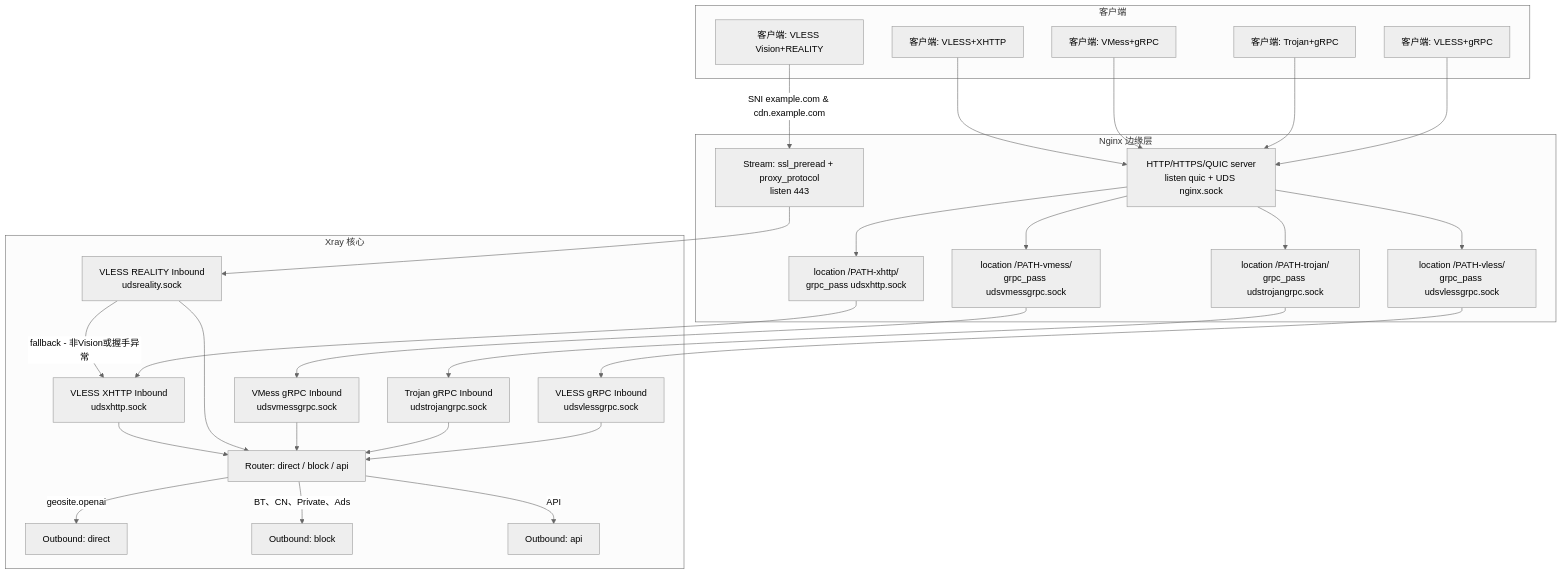
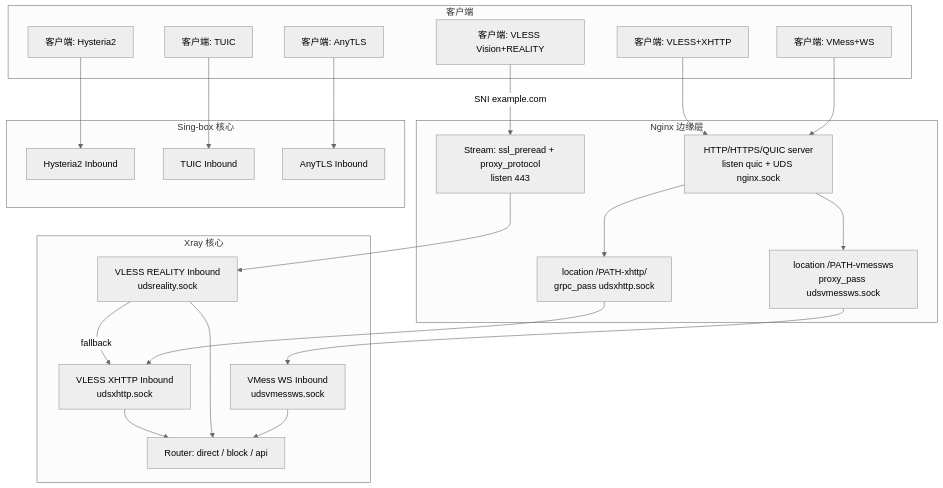
Before and after one commit to currycan/key: the diagram in docker/sb-xray/workflow.md, drawn with Mermaid (neutral theme). The commit also changed other lines of this file and 2 other files, not shown here.

````diff
--- a/docker/sb-xray/workflow.md
+++ b/docker/sb-xray/workflow.md
@@ -124,48 +85,44 @@
 ```mermaid
 flowchart TD
     subgraph ClientSide[客户端]
         C1[客户端: VLESS Vision+REALITY]
         C2[客户端: VLESS+XHTTP]
-        C3[客户端: VMess+gRPC]
-        C4[客户端: Trojan+gRPC]
-        C5[客户端: VLESS+gRPC]
+        C3[客户端: VMess+WS]
+        C4[客户端: Hysteria2]
+        C5[客户端: TUIC]
+        C6[客户端: AnyTLS]
     end
 
     subgraph Edge[Nginx 边缘层]
         E1[Stream: ssl_preread + proxy_protocol<br/>listen 443]
         E2[HTTP/HTTPS/QUIC server<br/>listen quic + UDS nginx.sock]
         E3[location /PATH-xhttp/<br/>grpc_pass udsxhttp.sock]
-        E4[location /PATH-vmess/<br/>grpc_pass udsvmessgrpc.sock]
-        E5[location /PATH-trojan/<br/>grpc_pass udstrojangrpc.sock]
-        E6[location /PATH-vless/<br/>grpc_pass udsvlessgrpc.sock]
+        E4[location /PATH-vmessws<br/>proxy_pass udsvmessws.sock]
     end
 
     subgraph XrayCore[Xray 核心]
         XR1[VLESS REALITY Inbound<br/>udsreality.sock]
         XR2[VLESS XHTTP Inbound<br/>udsxhttp.sock]
-        XR4[VMess gRPC Inbound<br/>udsvmessgrpc.sock]
-        XR5[Trojan gRPC Inbound<br/>udstrojangrpc.sock]
-        XR6[VLESS gRPC Inbound<br/>udsvlessgrpc.sock]
-        XR3[Router: direct / block / api]
-        XO1[Outbound: direct]
-        XO2[Outbound: block]
-        XO3[Outbound: api]
+        XR3[VMess WS Inbound<br/>udsvmessws.sock]
+        XR_R[Router: direct / block / api]
     end
 
-    C1 -->|SNI example.com & cdn.example.com| E1 --> XR1
-    XR1 -->|fallback - 非Vision或握手异常| XR2
+    subgraph SingBox[Sing-box 核心]
+        SB1[Hysteria2 Inbound]
+        SB2[TUIC Inbound]
+        SB3[AnyTLS Inbound]
+    end
+
+    C1 -->|SNI example.com| E1 --> XR1
+    XR1 -->|fallback| XR2
     C2 --> E2 --> E3 --> XR2
-    C3 --> E2 --> E4 --> XR4
-    C4 --> E2 --> E5 --> XR5
-    C5 --> E2 --> E6 --> XR6
+    C3 --> E2 --> E4 --> XR3
 
-    XR2 --> XR3
-    XR1 --> XR3
-    XR4 --> XR3
-    XR5 --> XR3
-    XR6 --> XR3
+    C4 --> SB1
+    C5 --> SB2
+    C6 --> SB3
 
-    XR3 -->|geosite.openai| XO1
-    XR3 -->|BT、CN、Private、Ads| XO2
-    XR3 -->|API| XO3
+    XR2 --> XR_R
+    XR1 --> XR_R
+    XR3 --> XR_R
 ```
````
